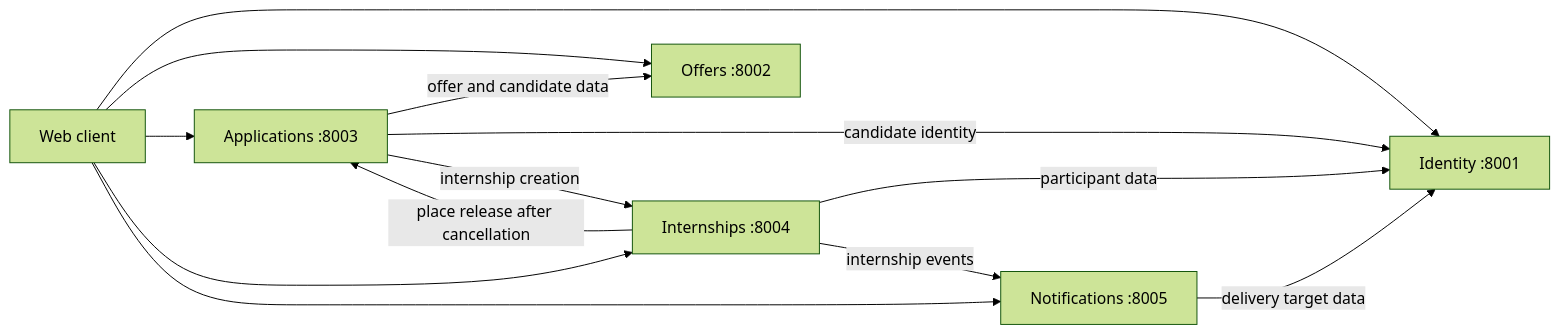
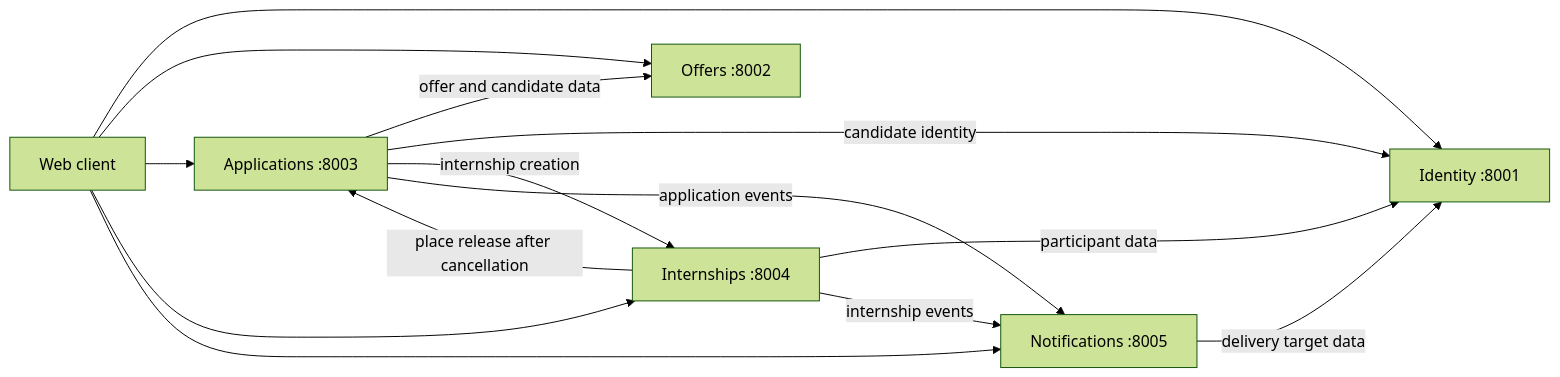
The diagram in docs/architecture.md (MhamedRayan/STAGELINK), drawn with Mermaid (forest theme) before and after one commit. The commit also changed other lines of this file and 33 other files, not shown here.

````diff
--- a/docs/architecture.md
+++ b/docs/architecture.md
@@ -9,16 +9,17 @@
 ```mermaid
 flowchart LR
     Browser[Web client] --> Identity[Identity :8001]
     Browser --> Offers[Offers :8002]
     Browser --> Applications[Applications :8003]
     Browser --> Internships[Internships :8004]
     Browser --> Notifications[Notifications :8005]
 
     Applications -->|offer and candidate data| Offers
     Applications -->|candidate identity| Identity
     Applications -->|internship creation| Internships
+    Applications -->|application events| Notifications
     Internships -->|participant data| Identity
     Internships -->|place release after cancellation| Applications
     Internships -->|internship events| Notifications
     Notifications -->|delivery target data| Identity
 ```
````
